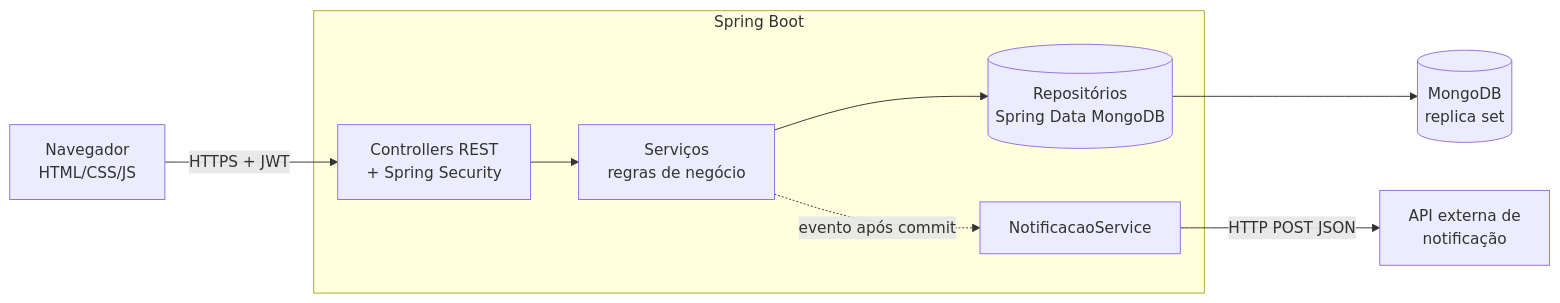
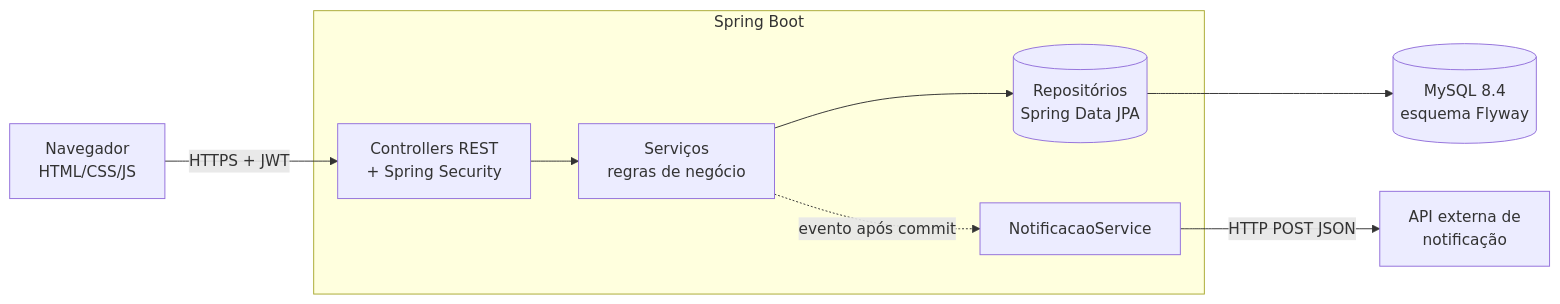
The first of 3 diagrams in docs/02-arquitetura.md (Guilherme3578/trabalho-qualidade-de-software), drawn with Mermaid before and after one commit. The commit also changed other lines of this file and 12 other files, not shown here.

````diff
--- a/docs/02-arquitetura.md
+++ b/docs/02-arquitetura.md
@@ -10,11 +12,11 @@
 ```mermaid
 flowchart LR
     U[Navegador<br/>HTML/CSS/JS] -->|HTTPS + JWT| API
     subgraph Spring Boot
       API[Controllers REST<br/>+ Spring Security] --> S[Serviços<br/>regras de negócio]
-      S --> R[(Repositórios<br/>Spring Data MongoDB)]
+      S --> R[(Repositórios<br/>Spring Data JPA)]
       S -.evento após commit.-> N[NotificacaoService]
     end
-    R --> M[(MongoDB<br/>replica set)]
+    R --> M[(MySQL 8.4<br/>esquema Flyway)]
     N -->|HTTP POST JSON| EXT[API externa de<br/>notificação]
 ```
````
